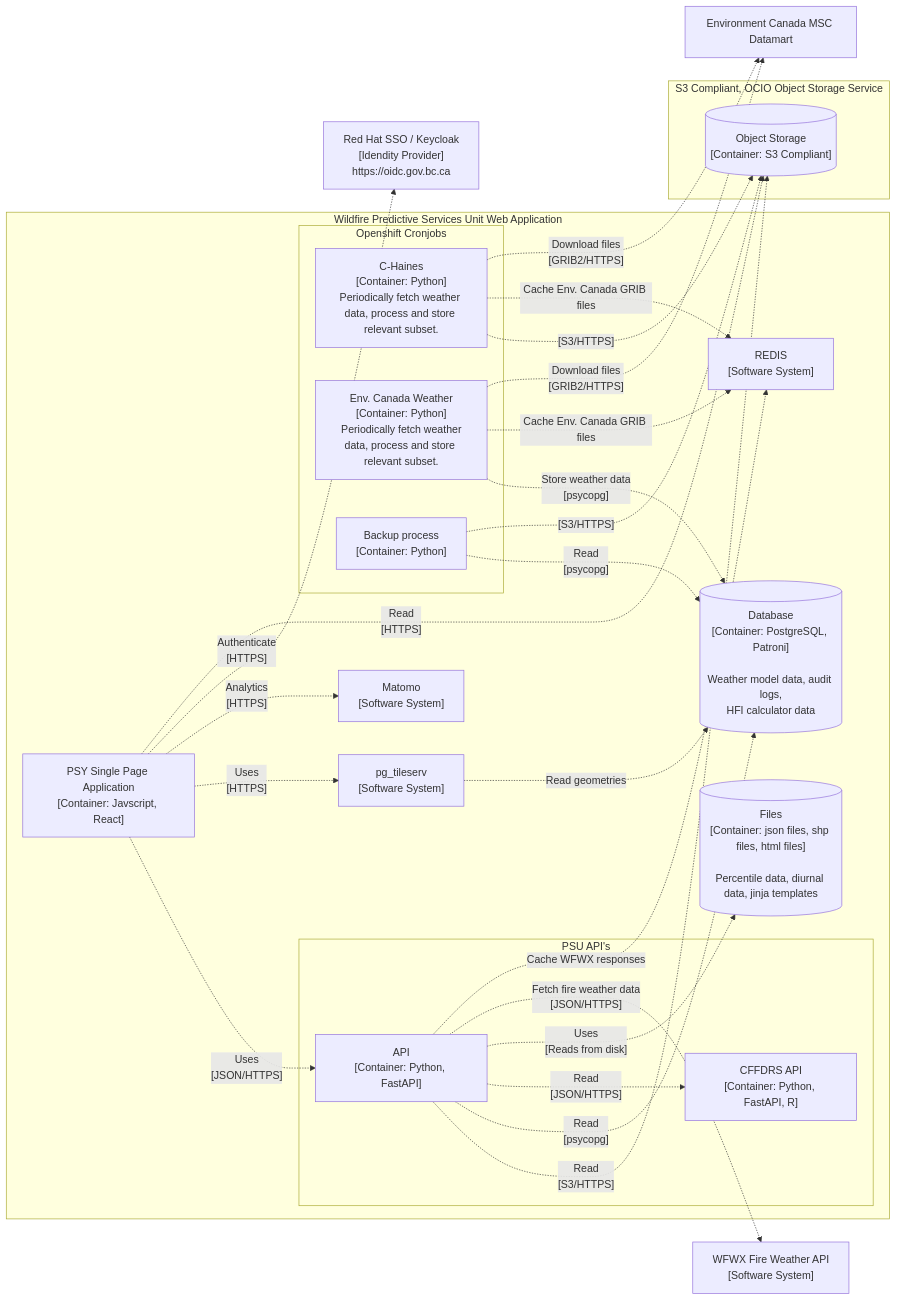
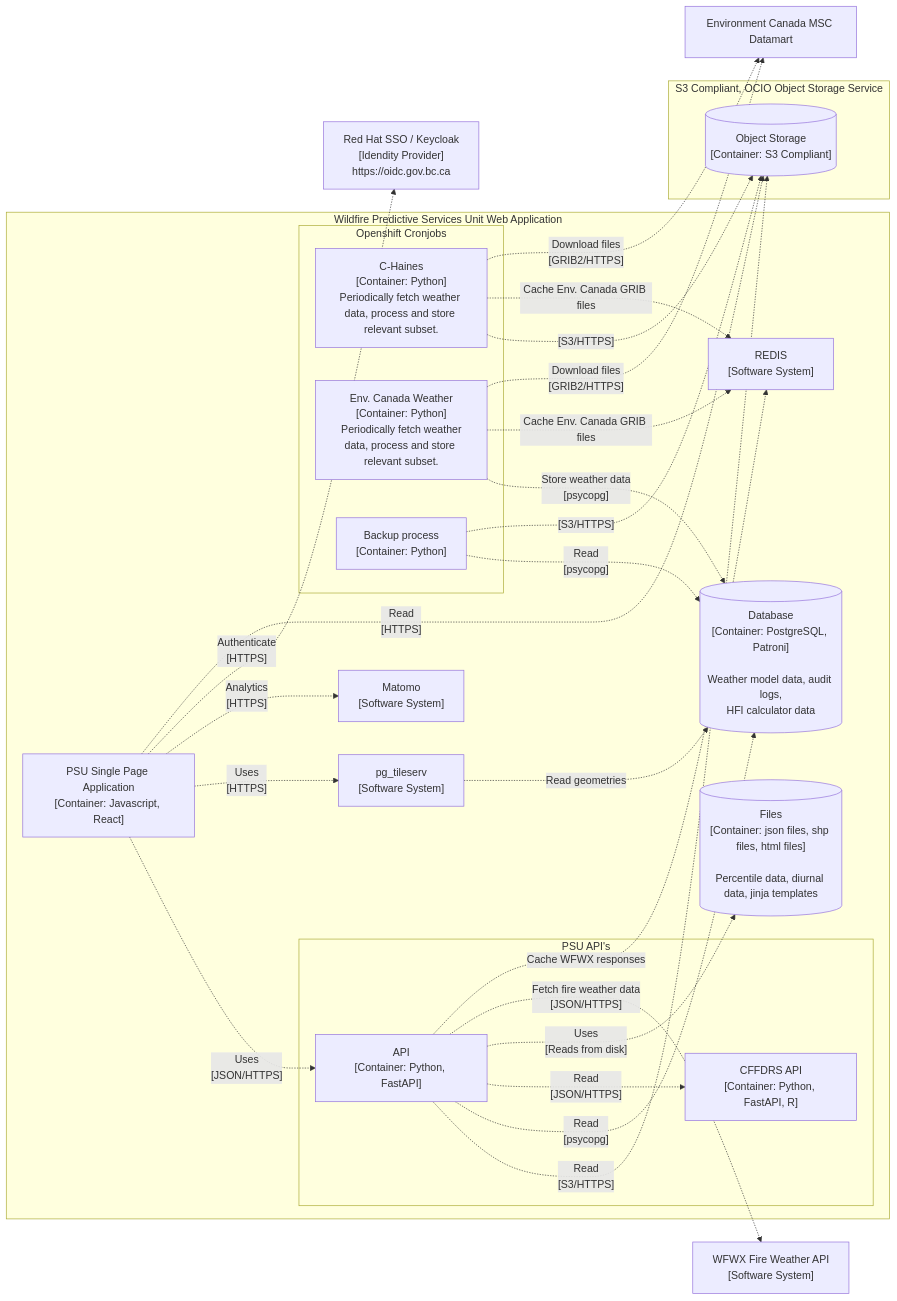
Before and after one commit to bcgov/wps: the diagram in README.md, drawn with Mermaid.

````diff
--- a/README.md
+++ b/README.md
@@ -44,58 +44,58 @@
 ```mermaid
 graph LR
 
     datamart["Environment Canada MSC Datamart"]
 
     wf1["WFWX Fire Weather API</br>[Software System]"]
 
     sso["Red Hat SSO / Keycloak</br>[Idendity Provider]</br>https://oidc.gov.bc.ca"]
 
     subgraph Wildfire Predictive Services Unit Web Application
-        FrontEnd["PSY Single Page Application</br>[Container: Javscript, React]"]
+        FrontEnd["PSU Single Page Application</br>[Container: Javascript, React]"]
 
         subgraph PSU API's
             API["API</br>[Container: Python, FastAPI]"]
             CFFDRS_API["CFFDRS API</br>[Container: Python, FastAPI, R]"]
         end
 
         pg_tileserv["pg_tileserv</br>[Software System]"]
         redis["REDIS</br>[Software System]"]
         matomo["Matomo</br>[Software System]"]
 
         subgraph Openshift Cronjobs
             c-haines["C-Haines</br>[Container: Python]</br>Periodically fetch weather data, process and store relevant subset."]
             env-canada["Env. Canada Weather</br>[Container: Python]</br> Periodically fetch weather data, process and store relevant subset."]
             backup["Backup process</br>[Container: Python]"]
         end
 
         Database[("Database</br>[Container: PostgreSQL, Patroni]</br></br>Weather model data, audit logs,</br>HFI calculator data")]
         Files[("Files</br>[Container: json files, shp files, html files]</br></br>Percentile data, diurnal data, jinja templates")]
 
     end
 
     subgraph "S3 Compliant, OCIO Object Storage Service"
         s3[("Object Storage</br>[Container: S3 Compliant]")]
     end
 
     API-. "Read</br>[S3/HTTPS]" .->s3
     API-.->|"Read</br>[psycopg]"|Database
     API-.->|"Read</br>[JSON/HTTPS]"|CFFDRS_API
     API-.->|"Uses</br>[Reads from disk]"|Files
     API-. "Fetch fire weather data</br>[JSON/HTTPS]" .->wf1
     API-. "Cache WFWX responses" .->redis
     pg_tileserv-. "Read geometries" .->Database
     FrontEnd-.->|"Uses</br>[JSON/HTTPS]"|API
     FrontEnd-.->|"Uses</br>[HTTPS]"|pg_tileserv
     FrontEnd-. "Analytics</br>[HTTPS]" .->matomo
     FrontEnd-. "Authenticate</br>[HTTPS]" .->sso
     FrontEnd-. "Read</br>[HTTPS]" .->s3
     c-haines-. "[S3/HTTPS]" .->s3
     c-haines-. "Cache Env. Canada GRIB files" .->redis
     c-haines-. "Download files</br>[GRIB2/HTTPS]" .->datamart
     env-canada-. "Store weather data</br>[psycopg]" .->Database
     env-canada-. "Cache Env. Canada GRIB files" .->redis
     env-canada-. "Download files</br>[GRIB2/HTTPS]" .->datamart
     backup-. "Read</br>[psycopg]" .->Database
     backup-. "[S3/HTTPS] " .->s3
 
 ```
````
